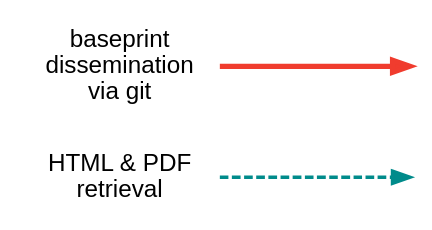
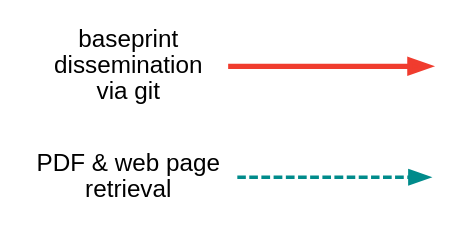
Before and after one commit to singlesourcepub/baseprints: the diagram in graph/legend.gv, drawn with Graphviz. The commit also changed 3 other files, not shown here.

Commit message:
diagram adjustments

```diff
--- a/graph/legend.gv
+++ b/graph/legend.gv
@@ -1,18 +1,18 @@
 digraph G {
   rankdir="LR"
   node [fontname="sans-serif", shape=none, width=1.6]
 
   NULL2 [label="", width=0]
   NULL1 [label="", width=0]
 
   BASEPRINT [label="baseprint\ndissemination\nvia git"]
-  HTMLPDF [label="HTML & PDF\nretrieval"]
+  HTMLPDF [label="PDF & web page\nretrieval"]
 
   edge [penwidth=3, color="#f03c2e", minlen=3]
 
   BASEPRINT-> NULL1
 
   edge [style=dashed, penwidth=2, color="darkcyan"]
 
   HTMLPDF -> NULL2
 }
```
